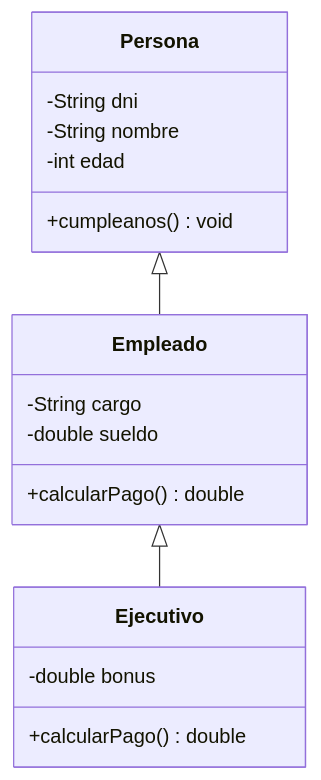
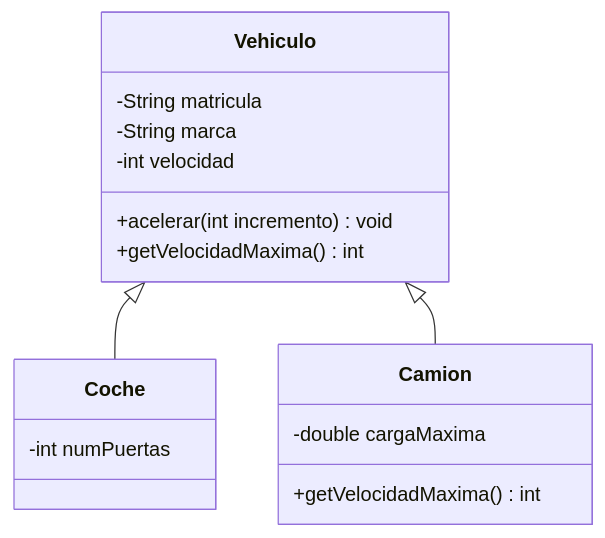
The third of 3 diagrams in docs/capitulos/04-herencia.md (rlrprofe/poo), drawn with Mermaid before and after one commit. The commit also changed other lines of this file and 30 other files, not shown here.

````diff
--- a/docs/capitulos/04-herencia.md
+++ b/docs/capitulos/04-herencia.md
@@ -230,20 +319,19 @@
 ```mermaid
 classDiagram
-    class Persona {
-        -String dni
-        -String nombre
-        -int edad
-        +cumpleanos() void
+    class Vehiculo {
+        -String matricula
+        -String marca
+        -int velocidad
+        +acelerar(int incremento) void
+        +getVelocidadMaxima() int
     }
-    class Empleado {
-        -String cargo
-        -double sueldo
-        +calcularPago() double
+    class Coche {
+        -int numPuertas
     }
-    class Ejecutivo {
-        -double bonus
-        +calcularPago() double
+    class Camion {
+        -double cargaMaxima
+        +getVelocidadMaxima() int
     }
-    Persona <|-- Empleado
-    Empleado <|-- Ejecutivo
+    Vehiculo <|-- Coche
+    Vehiculo <|-- Camion
 ```
````
